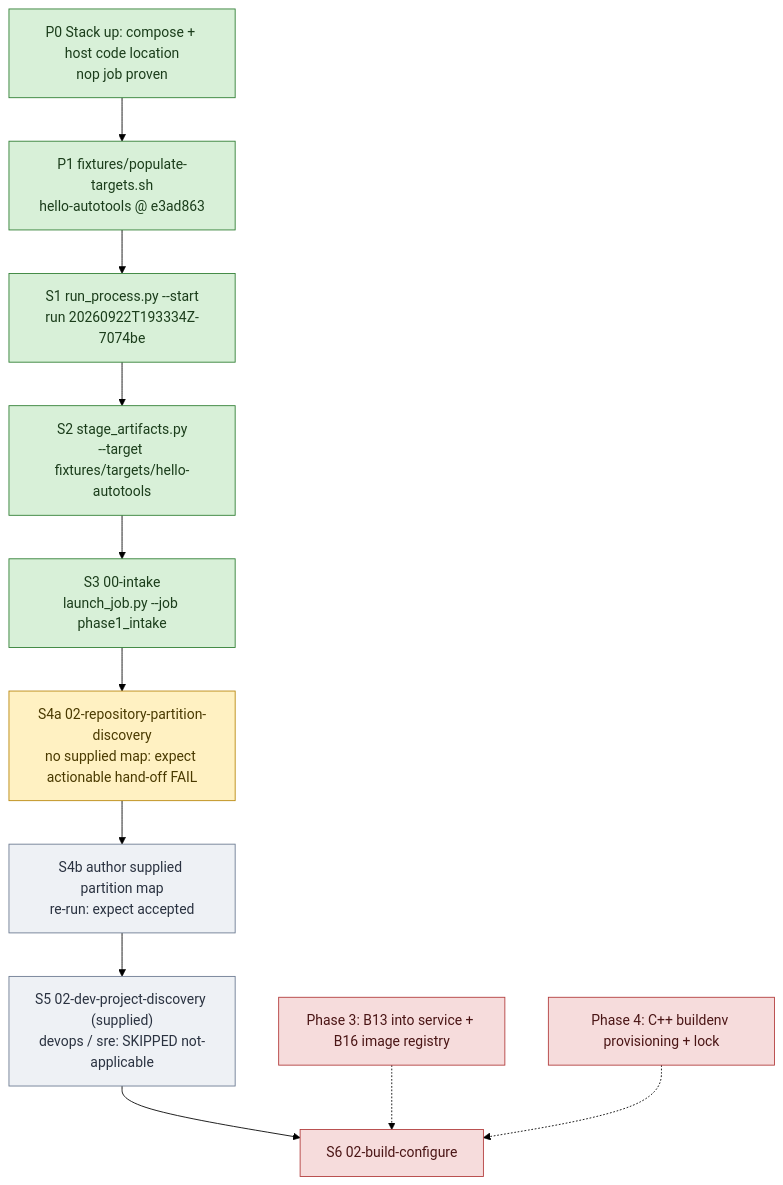
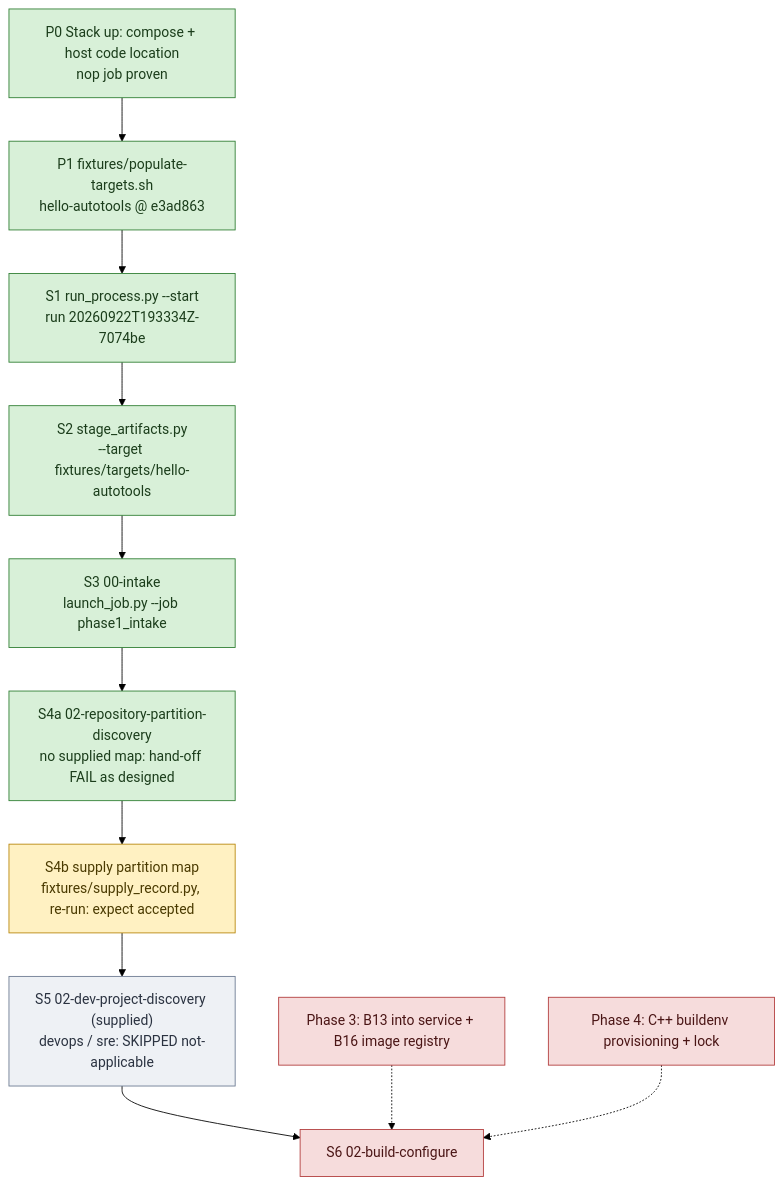
One commit to wsollers/appsec-review changed the diagram in docs/processes/flow-bringup.md. Above: the diagram before and after it, drawn with Mermaid (forest theme). The commit also changed other lines of this file and 3 other files, not shown here.

First line of the commit message:
Flow bring-up S4: gate hand-off verified; hello-autotools partition map + supply script

````diff
--- a/docs/processes/flow-bringup.md
+++ b/docs/processes/flow-bringup.md
@@ -12,23 +12,23 @@
 ```mermaid
 flowchart TD
   P0["P0 Stack up: compose + host code location<br/>nop job proven"]:::done
   P1["P1 fixtures/populate-targets.sh<br/>hello-autotools @ e3ad863"]:::done
   S1["S1 run_process.py --start<br/>run 20260922T193334Z-7074be"]:::done
   S2["S2 stage_artifacts.py<br/>--target fixtures/targets/hello-autotools"]:::done
   S3["S3 00-intake<br/>launch_job.py --job phase1_intake"]:::done
-  S4a["S4a 02-repository-partition-discovery<br/>no supplied map: expect actionable hand-off FAIL"]:::next
-  S4b["S4b author supplied partition map<br/>re-run: expect accepted"]:::todo
+  S4a["S4a 02-repository-partition-discovery<br/>no supplied map: hand-off FAIL as designed"]:::done
+  S4b["S4b supply partition map<br/>fixtures/supply_record.py, re-run: expect accepted"]:::next
   S5["S5 02-dev-project-discovery (supplied)<br/>devops / sre: SKIPPED not-applicable"]:::todo
   S6["S6 02-build-configure"]:::blocked
   B13["Phase 3: B13 into service + B16 image registry"]:::blocked
   BE["Phase 4: C++ buildenv provisioning + lock"]:::blocked
 
   P0 --> P1 --> S1 --> S2 --> S3 --> S4a --> S4b --> S5 --> S6
   B13 -.-> S6
   BE -.-> S6
 
   classDef done fill:#d8f0d8,stroke:#2e7d32,color:#1b3d1b
   classDef next fill:#fff1c2,stroke:#b8860b,color:#4a3a00
   classDef todo fill:#eef1f5,stroke:#6b7a90,color:#2a3240
   classDef blocked fill:#f6dcdc,stroke:#b23b3b,color:#4a1515
 ```
````
